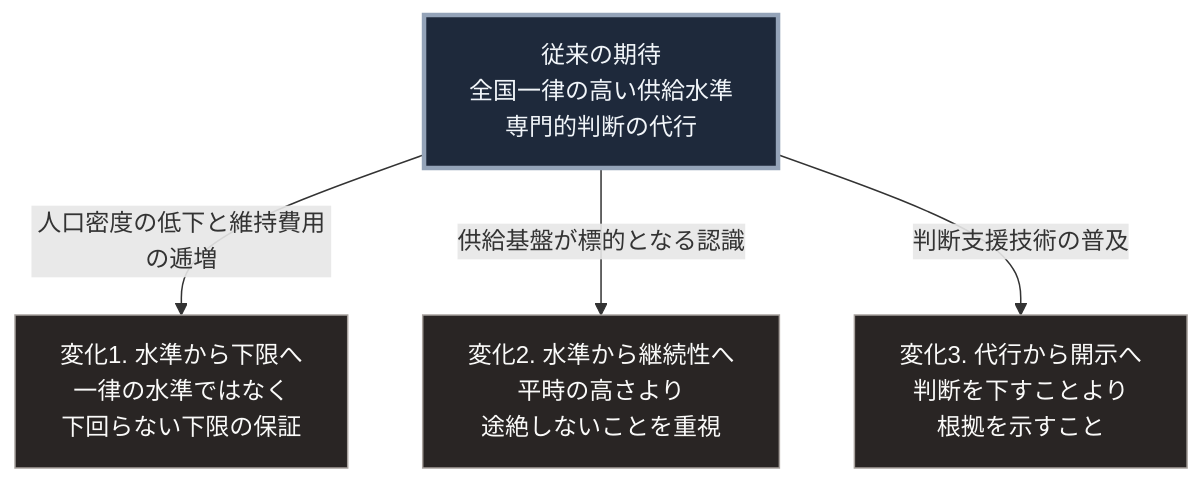
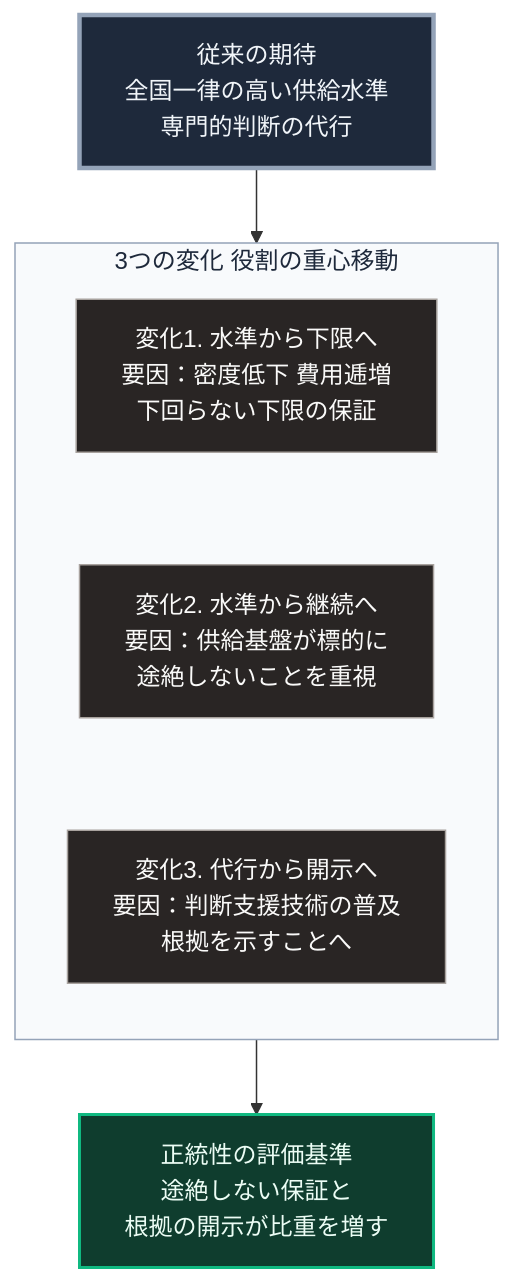
One commit to Takenori-Kusaka/zenn-content changed the diagram in books/sovereign-resilience-blueprint/implication-state.md. Above: the diagram before and after it, drawn with Mermaid. The commit also changed other lines of this file and 114 other files, not shown here.

````diff
--- a/books/sovereign-resilience-blueprint/implication-state.md
+++ b/books/sovereign-resilience-blueprint/implication-state.md
@@ -77,12 +77,18 @@
 ```mermaid
 flowchart TD
     A[従来の期待<br>全国一律の高い供給水準<br>専門的判断の代行]
-    A -->|人口密度の低下と維持費用の逓増| B[変化1. 水準から下限へ<br>一律の水準ではなく<br>下回らない下限の保証]
-    A -->|供給基盤が標的となる認識| C[変化2. 水準から継続性へ<br>平時の高さより<br>途絶しないことを重視]
-    A -->|判断支援技術の普及| D[変化3. 代行から開示へ<br>判断を下すことより<br>根拠を示すこと]
+    subgraph G[3つの変化 役割の重心移動]
+        direction TB
+        B[変化1. 水準から下限へ<br>要因：密度低下 費用逓増<br>下回らない下限の保証] ~~~ C[変化2. 水準から継続へ<br>要因：供給基盤が標的に<br>途絶しないことを重視]
+        C ~~~ D[変化3. 代行から開示へ<br>要因：判断支援技術の普及<br>根拠を示すことへ]
+    end
+    A --> G
+    G --> L[正統性の評価基準<br>途絶しない保証と<br>根拠の開示が比重を増す]
 
     style A fill:#1e293b,stroke:#94a3b8,stroke-width:3px,color:#f1f5f9
+    style G fill:#f8fafc,stroke:#94a3b8,color:#1e293b
     style B fill:#292524,stroke:#a8a29e,color:#fafaf9
     style C fill:#292524,stroke:#a8a29e,color:#fafaf9
     style D fill:#292524,stroke:#a8a29e,color:#fafaf9
+    style L fill:#0f3d2e,stroke:#10b981,stroke-width:2px,color:#ecfdf5
 ```
````
